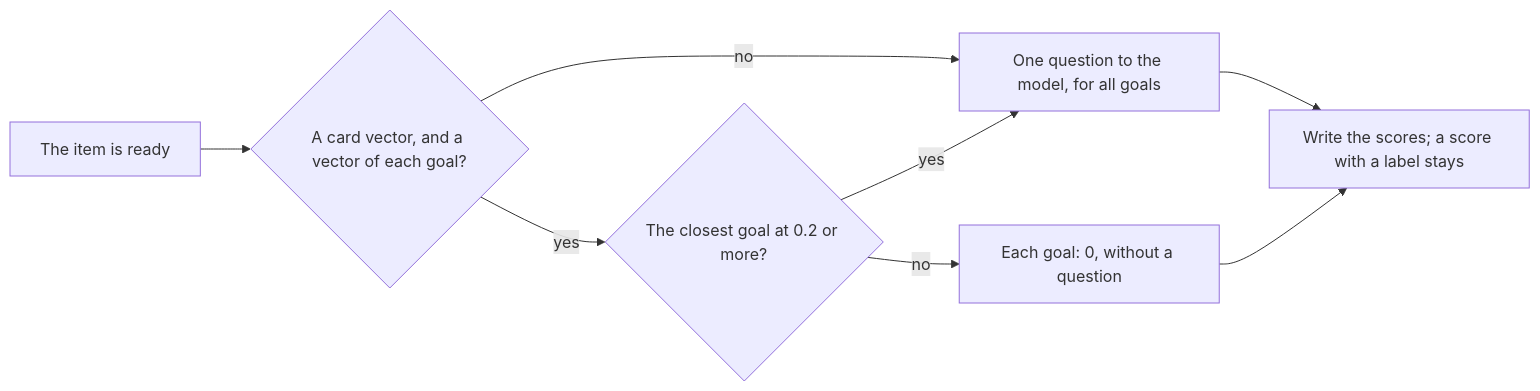
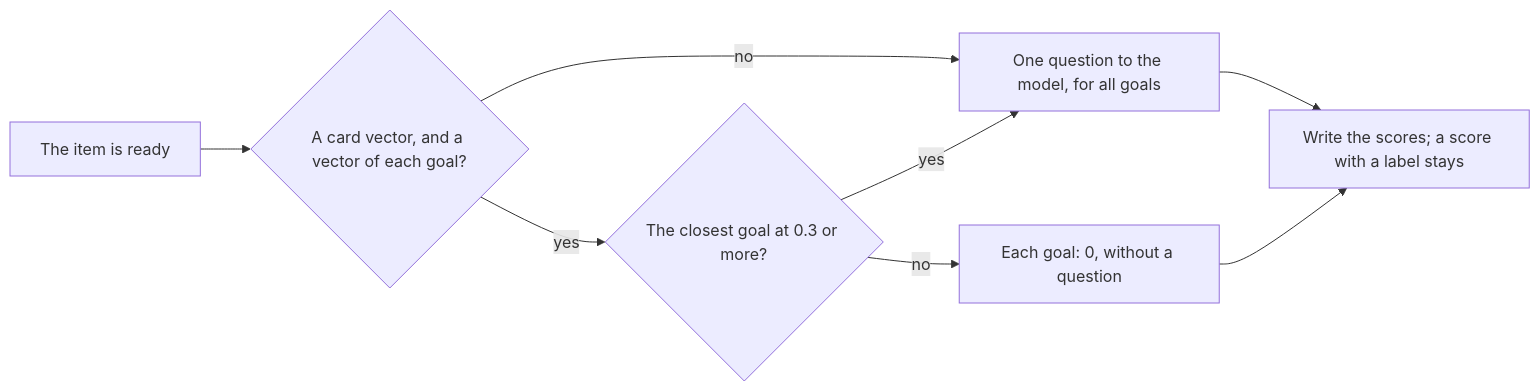
One commit to herman72/unshelve changed the diagram in docs/learn/32-scores-against-goals.md. Above: the diagram before and after it, drawn with Mermaid. The commit also changed other lines of this file and 5 other files, not shown here.

````diff
--- a/docs/learn/32-scores-against-goals.md
+++ b/docs/learn/32-scores-against-goals.md
@@ -35,10 +35,10 @@
 ```mermaid
 flowchart LR
     R["The item is ready"] --> V{"A card vector, and a vector of each goal?"}
     V -->|no| Q["One question to the model, for all goals"]
-    V -->|yes| S{"The closest goal at 0.2 or more?"}
+    V -->|yes| S{"The closest goal at 0.3 or more?"}
     S -->|yes| Q
     S -->|no| Z["Each goal: 0, without a question"]
     Q --> W["Write the scores; a score with a label stays"]
     Z --> W
 ```
````
